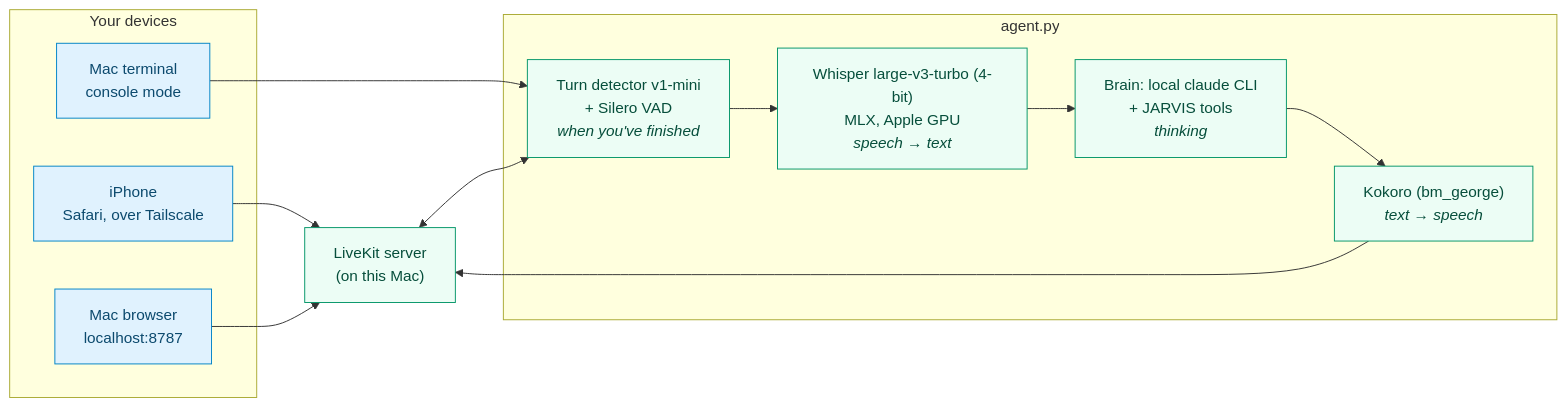
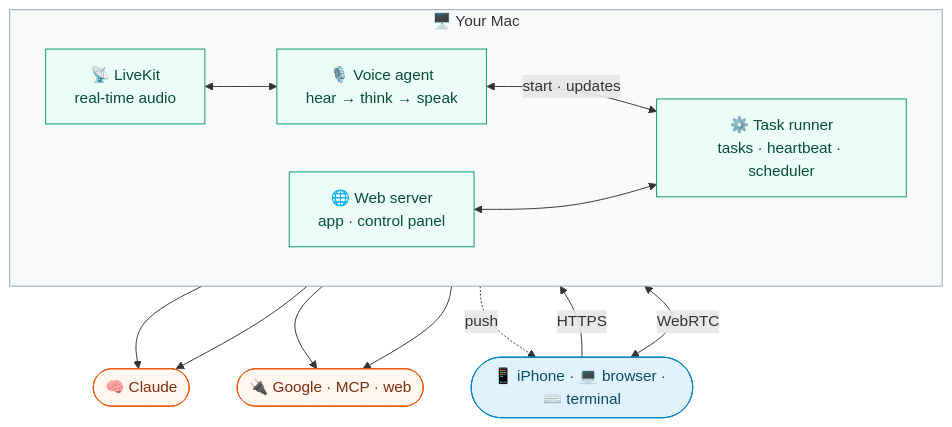
Before and after one commit to anilkumarmeena/alfred: the diagram in README.md, drawn with Mermaid. The commit also changed other lines of this file and 13 other files, not shown here.

````diff
--- a/README.md
+++ b/README.md
@@ -26,29 +107,34 @@
 ```mermaid
-flowchart LR
-    subgraph Devices["Your devices"]
-        iPhone["iPhone<br/>Safari, over Tailscale"]
-        Browser["Mac browser<br/>localhost:8787"]
-        Term["Mac terminal<br/>console mode"]
+flowchart TB
+    You(["📱 iPhone · 💻 browser · ⌨️ terminal"])
+
+    subgraph Mac["🖥️ Your Mac"]
+        direction LR
+        Web["🌐 Web server<br/>app · control panel"]
+        LK["📡 LiveKit<br/>real-time audio"]
+        Agent["🎙️ Voice agent<br/>hear → think → speak"]
+        Runner["⚙️ Task runner<br/>tasks · heartbeat · scheduler"]
     end
 
-    LK["LiveKit server<br/>(on this Mac)"]
+    Claude(["🧠 Claude"])
+    World(["🔌 Google · MCP · web"])
 
-    subgraph Agent["agent.py"]
-        Turn["Turn detector v1-mini<br/>+ Silero VAD<br/><i>when you've finished</i>"]
-        STT["Whisper large-v3-turbo (4-bit)<br/>MLX, Apple GPU<br/><i>speech → text</i>"]
-        Brain["Brain: local claude CLI<br/>+ JARVIS tools<br/><i>thinking</i>"]
-        TTS["Kokoro (bm_george)<br/><i>text → speech</i>"]
-    end
+    You -->|HTTPS| Web
+    You <-->|WebRTC| LK
+    LK <--> Agent
+    Agent <-->|start · updates| Runner
+    Web <--> Runner
+    Agent --> Claude
+    Runner --> Claude
+    Agent --> World
+    Runner --> World
+    Runner -.->|push| You
 
-    iPhone --> LK
-    Browser --> LK
-    Term --> Turn
-    LK <--> Turn
-    Turn --> STT --> Brain --> TTS
-    TTS --> LK
-
-    classDef client fill:#e0f2fe,stroke:#0284c7,color:#0c4a6e
-    classDef local fill:#ecfdf5,stroke:#059669,color:#064e3b
-    class iPhone,Browser,Term client
-    class LK,Turn,STT,Brain,TTS local
+    classDef you fill:#e0f2fe,stroke:#0284c7,color:#0c4a6e
+    classDef mac fill:#ecfdf5,stroke:#059669,color:#064e3b
+    classDef cloud fill:#fff7ed,stroke:#ea580c,color:#7c2d12
+    class You you
+    class Web,LK,Agent,Runner mac
+    class Claude,World cloud
+    style Mac fill:#f8fafc,stroke:#94a3b8
 ```
````
